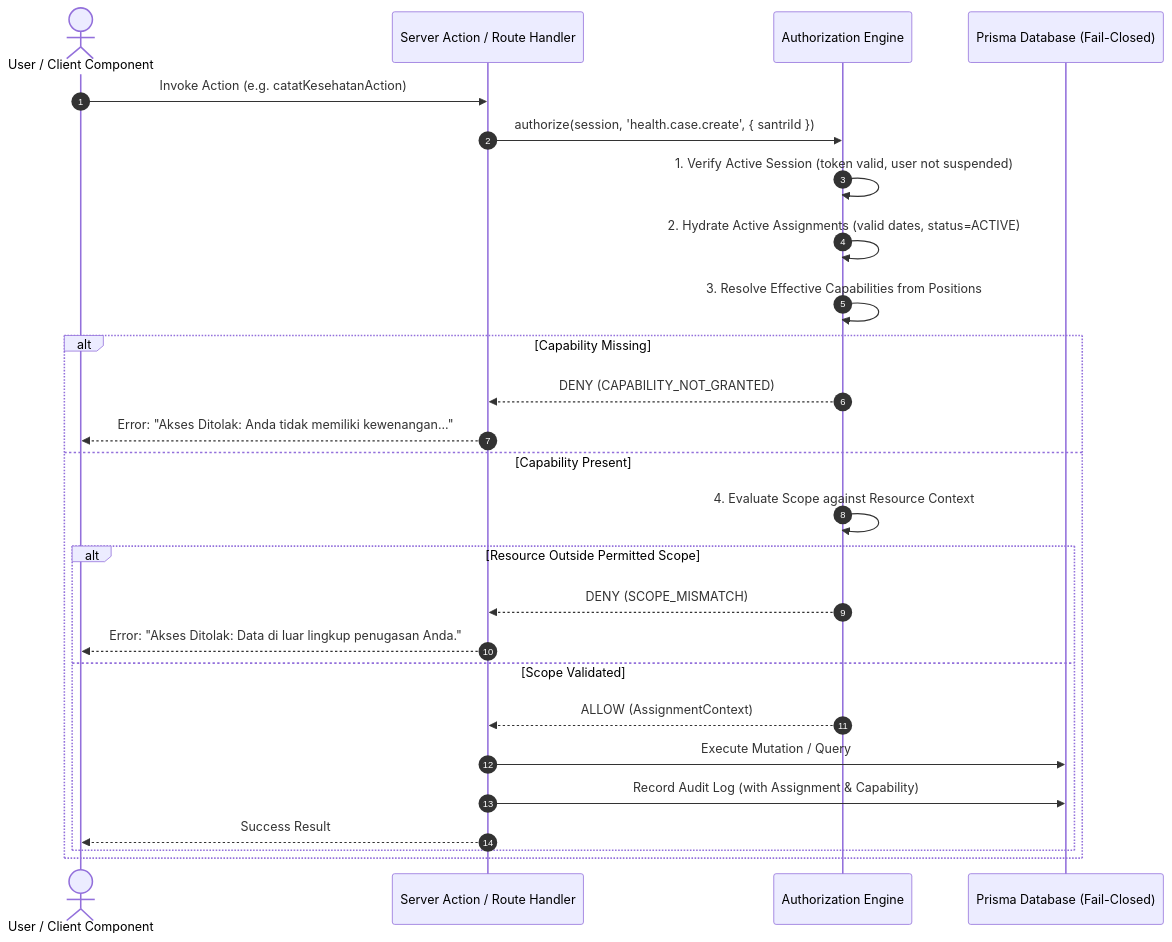
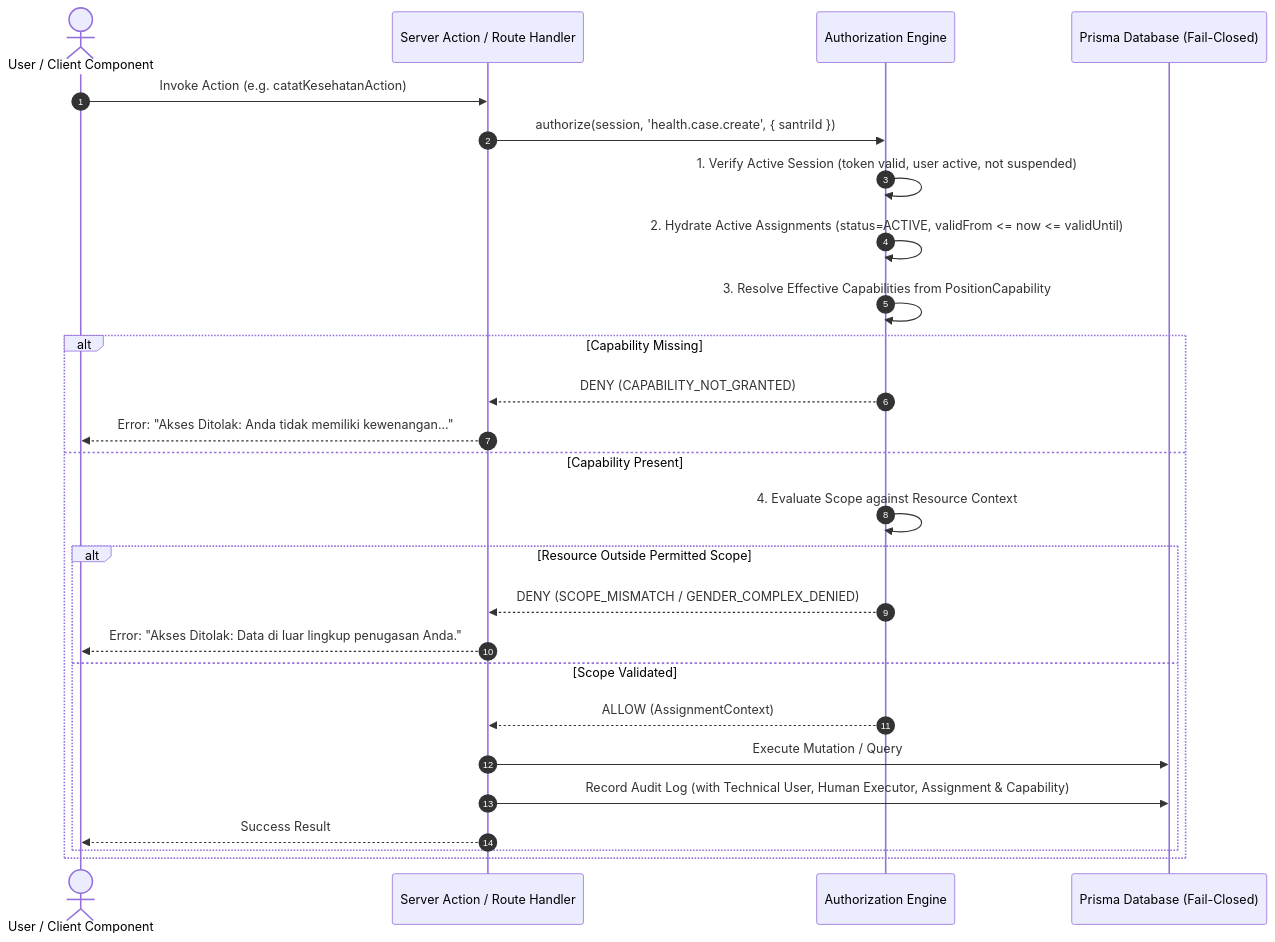
Before and after one commit to abdngr23-pixel/stq-education-portal: the diagram in docs/STQ_AUTHORIZATION_MODEL.md, drawn with Mermaid. The commit also changed other lines of this file and 10 other files, not shown here.

Commit message:
fix(arch): normalize STQ architecture lock contracts and separate business boundaries

````diff
--- a/docs/STQ_AUTHORIZATION_MODEL.md
+++ b/docs/STQ_AUTHORIZATION_MODEL.md
@@ -17,29 +17,29 @@
 ```mermaid
 sequenceDiagram
     autonumber
     actor Client as User / Client Component
     participant SA as Server Action / Route Handler
     participant AE as Authorization Engine
     participant DB as Prisma Database (Fail-Closed)
 
     Client->>SA: Invoke Action (e.g. catatKesehatanAction)
     SA->>AE: authorize(session, 'health.case.create', { santriId })
-    AE->>AE: 1. Verify Active Session (token valid, user not suspended)
-    AE->>AE: 2. Hydrate Active Assignments (valid dates, status=ACTIVE)
-    AE->>AE: 3. Resolve Effective Capabilities from Positions
+    AE->>AE: 1. Verify Active Session (token valid, user active, not suspended)
+    AE->>AE: 2. Hydrate Active Assignments (status=ACTIVE, validFrom <= now <= validUntil)
+    AE->>AE: 3. Resolve Effective Capabilities from PositionCapability
     alt Capability Missing
         AE-->>SA: DENY (CAPABILITY_NOT_GRANTED)
         SA-->>Client: Error: "Akses Ditolak: Anda tidak memiliki kewenangan..."
     else Capability Present
         AE->>AE: 4. Evaluate Scope against Resource Context
         alt Resource Outside Permitted Scope
-            AE-->>SA: DENY (SCOPE_MISMATCH)
+            AE-->>SA: DENY (SCOPE_MISMATCH / GENDER_COMPLEX_DENIED)
             SA-->>Client: Error: "Akses Ditolak: Data di luar lingkup penugasan Anda."
         else Scope Validated
             AE-->>SA: ALLOW (AssignmentContext)
             SA->>DB: Execute Mutation / Query
-            SA->>DB: Record Audit Log (with Assignment & Capability)
+            SA->>DB: Record Audit Log (with Technical User, Human Executor, Assignment & Capability)
             SA-->>Client: Success Result
         end
     end
 ```
````
